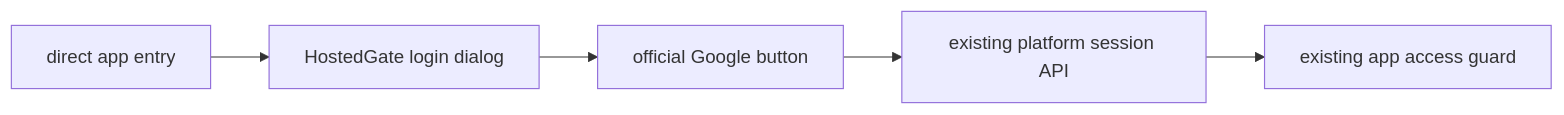
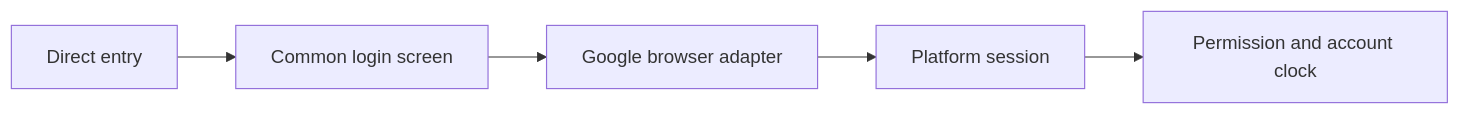
One commit to JaceDashS/japanese-companion changed the diagram in docs/design/auth/50-google-sign-in.md. Above: the diagram before and after it, drawn with Mermaid. The commit also changed other lines of this file and 162 other files, not shown here.

````diff
--- a/docs/design/auth/50-google-sign-in.md
+++ b/docs/design/auth/50-google-sign-in.md
@@ -16,7 +13,7 @@
 ```mermaid
 flowchart LR
- D["direct app entry"] --> L["HostedGate login dialog"]
- L --> G["official Google button"]
- G --> A["existing platform session API"]
- A --> P["existing app access guard"]
+ E["Direct entry"] --> L["Common login screen"]
+ L --> G["Google browser adapter"]
+ G --> A["Platform session"]
+ A --> P["Permission and account clock"]
 ```
````
